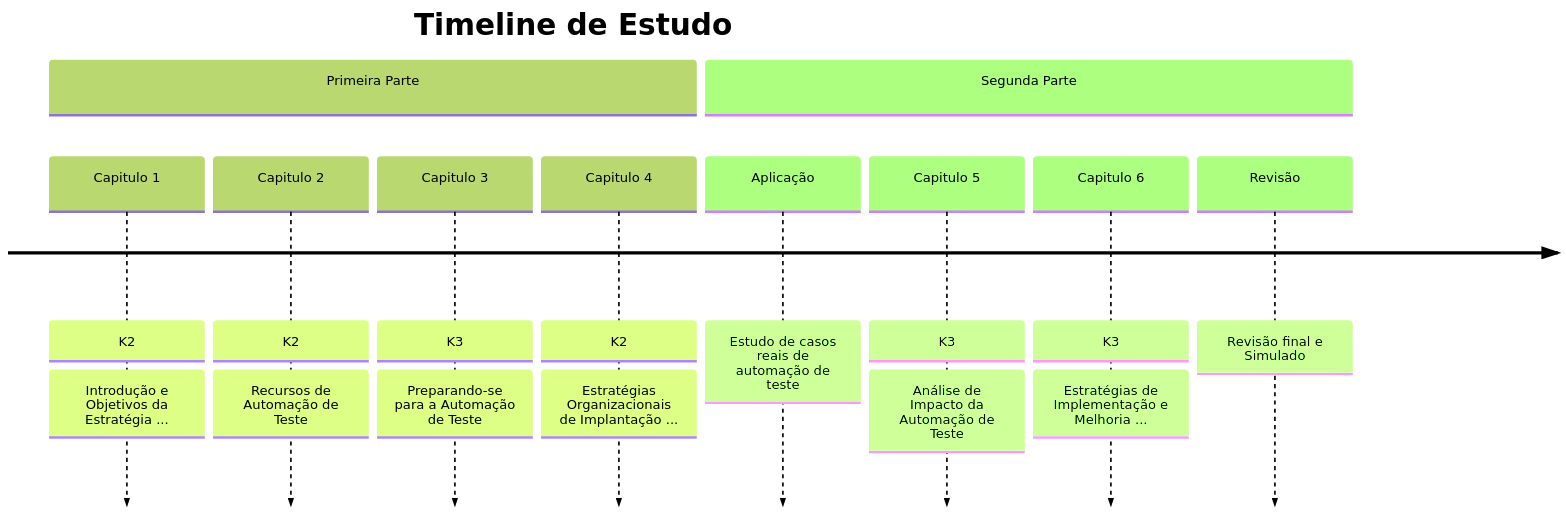
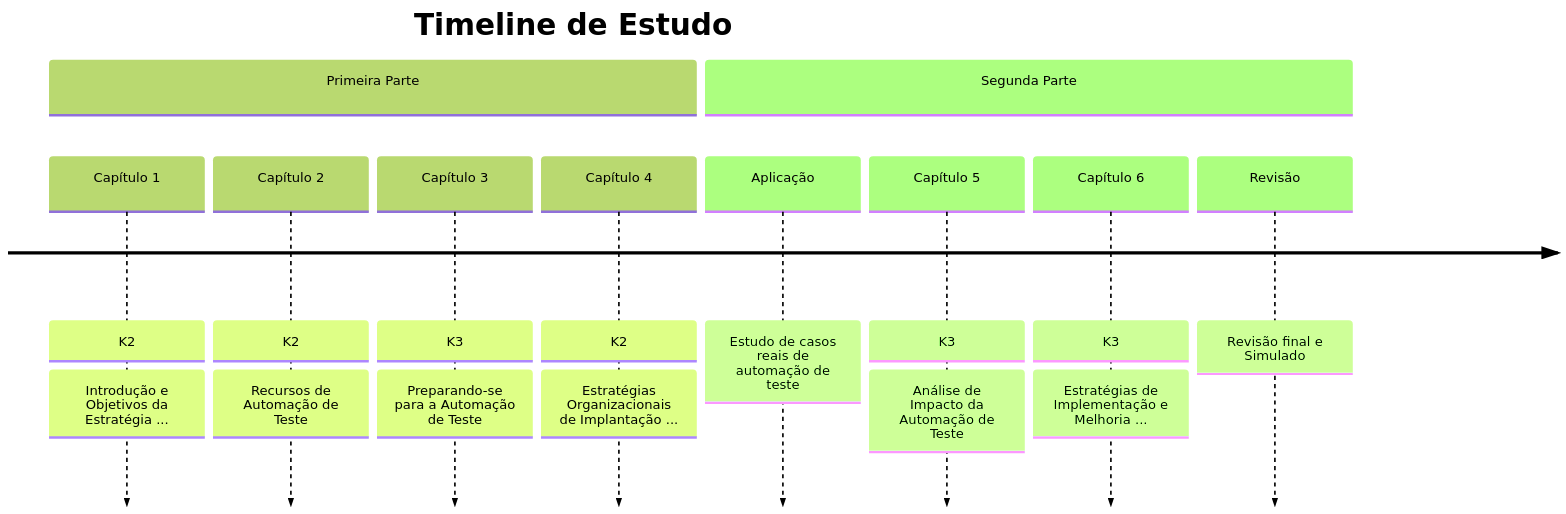
The diagram in docs/istqb/cttas/README.mdx (GabriOliv/garden), drawn with Mermaid (forest theme) before and after one commit. The commit also changed other lines of this file and 6 other files, not shown here.

````diff
--- a/docs/istqb/cttas/README.mdx
+++ b/docs/istqb/cttas/README.mdx
@@ -29,28 +29,28 @@
 ```mermaid
 timeline
 	title Timeline de Estudo
 	section Primeira Parte
-		Capitulo 1
+		Capítulo 1
 			: K2
 			: Introdução e Objetivos da Estratégia ...
-		Capitulo 2
+		Capítulo 2
 			: K2
 			: Recursos de Automação de Teste
-		Capitulo 3
+		Capítulo 3
 			: K3
 			: Preparando-se para a Automação de Teste
-		Capitulo 4
+		Capítulo 4
 			: K2
 			: Estratégias Organizacionais de Implantação ...
 	section Segunda Parte
 		Aplicação
 			: Estudo de casos reais de automação de teste
-		Capitulo 5
+		Capítulo 5
 			: K3
 			: Análise de Impacto da Automação de Teste
-		Capitulo 6
+		Capítulo 6
 			: K3
 			: Estratégias de Implementação e Melhoria ...
 		Revisão
 			: Revisão final e Simulado
 ```
````
